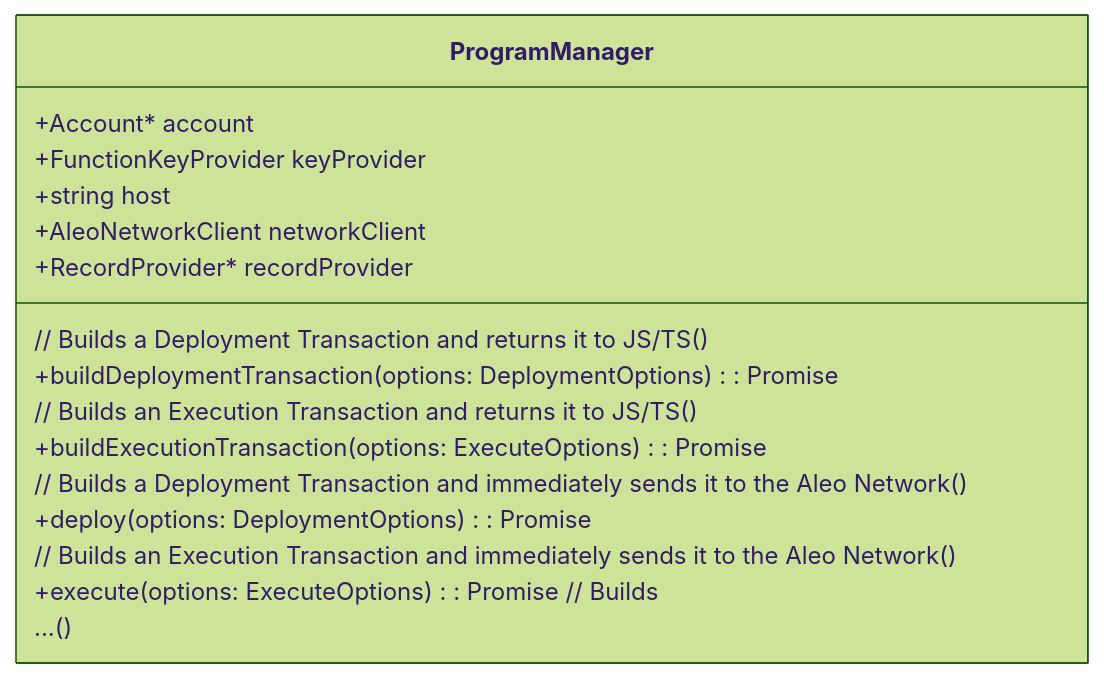
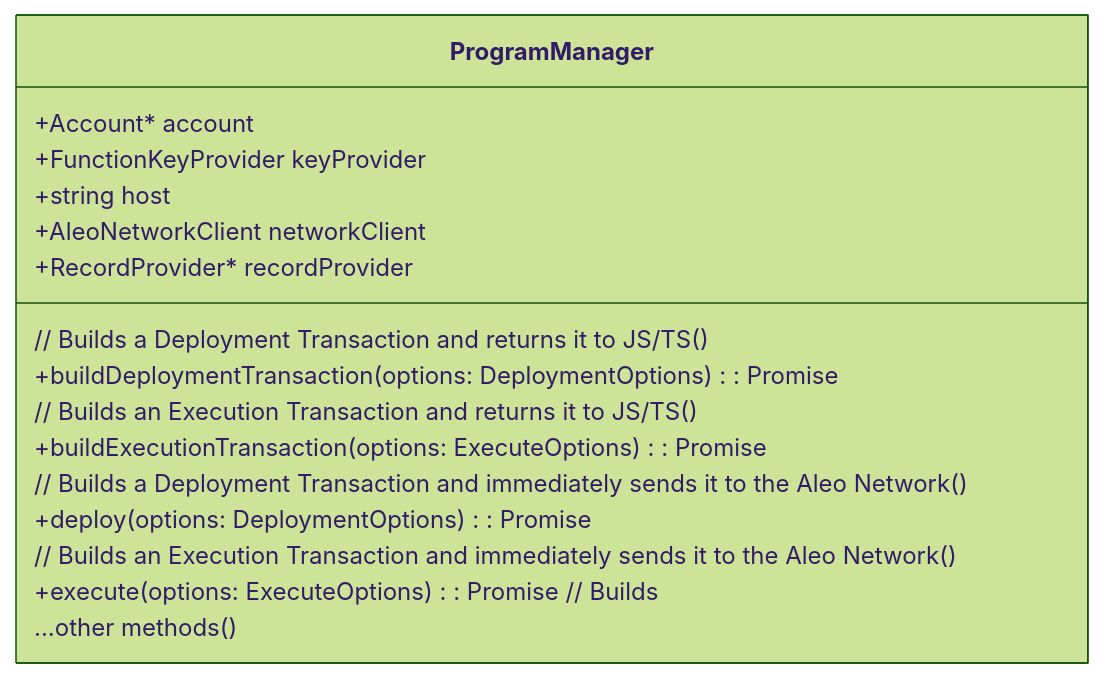
One commit to ProvableHQ/sdk changed the second of 2 diagrams in docs/Guide/06_executing_programs.md. Above: the diagram before and after it, drawn with Mermaid (forest theme). The commit also changed other lines of this file and 1 other file, not shown here.

````diff
--- a/docs/Guide/06_executing_programs.md
+++ b/docs/Guide/06_executing_programs.md
@@ -68,20 +70,20 @@
 ```mermaid
 classDiagram
     class ProgramManager {
         +Account* account
         +FunctionKeyProvider keyProvider
         +string host
         +AleoNetworkClient networkClient
         +RecordProvider* recordProvider
         // Builds a Deployment Transaction and returns it to JS/TS ()
         +buildDeploymentTransaction(options: DeploymentOptions): Promise<Transaction>
         // Builds an Execution Transaction and returns it to JS/TS ()
         +buildExecutionTransaction(options: ExecuteOptions): Promise<Transaction>
         // Builds a Deployment Transaction and immediately sends it to the Aleo Network ()
         +deploy(options: DeploymentOptions): Promise<string>
         // Builds an Execution Transaction and immediately sends it to the Aleo Network ()
         +execute(options: ExecuteOptions): Promise<string> // Builds 
-        ...()
+        ...other methods()
     }
 
 ```
````
